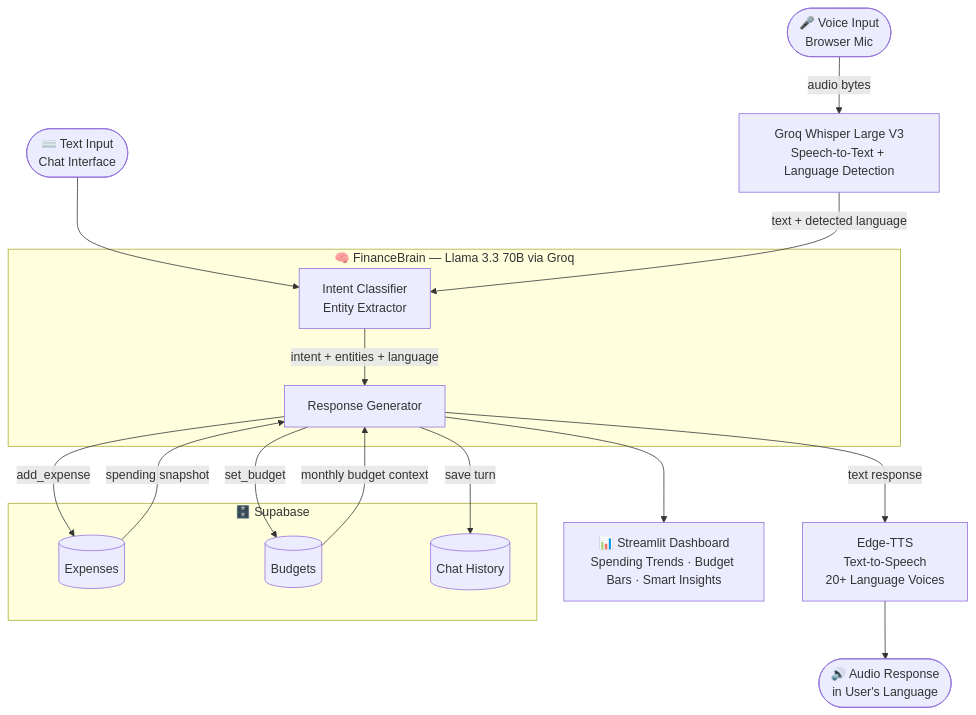
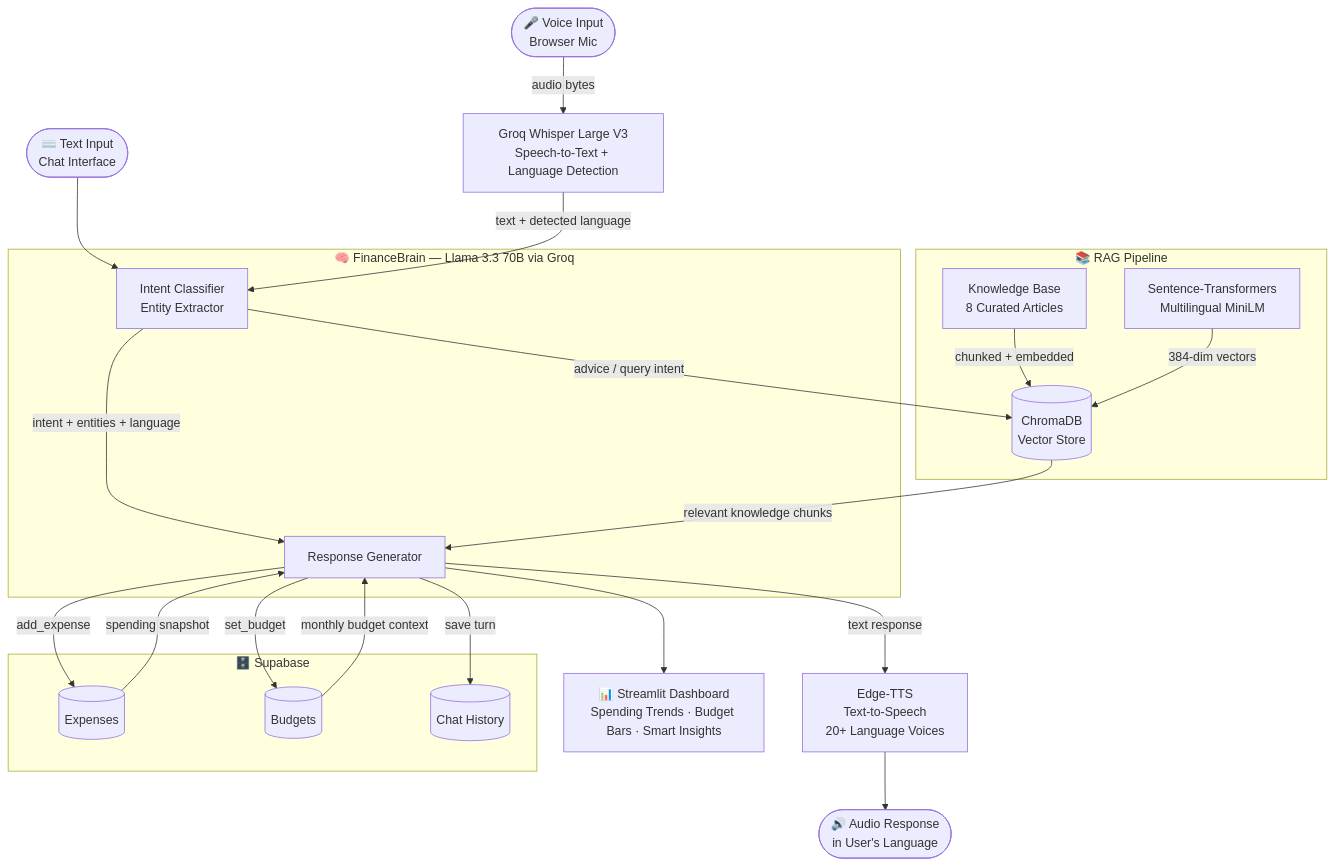
One commit to logn1602/Finbot changed the diagram in README.md. Above: the diagram before and after it, drawn with Mermaid. The commit also changed other lines of this file, not shown here.

Commit message:
Update README with RAG architecture, pipeline docs, and eval results

````diff
--- a/README.md
+++ b/README.md
@@ -21,30 +21,40 @@
 ```mermaid
 flowchart TD
     A([🎤 Voice Input\nBrowser Mic]) -->|audio bytes| B[Groq Whisper Large V3\nSpeech-to-Text + Language Detection]
     K([⌨️ Text Input\nChat Interface]) --> D
 
     B -->|text + detected language| D
 
     subgraph brain [🧠 FinanceBrain — Llama 3.3 70B via Groq]
         D[Intent Classifier\nEntity Extractor]
         R[Response Generator]
         D -->|intent + entities + language| R
     end
 
+    subgraph rag [📚 RAG Pipeline]
+        KB[Knowledge Base\n8 Curated Articles]
+        EMB[Sentence-Transformers\nMultilingual MiniLM]
+        VDB[(ChromaDB\nVector Store)]
+        KB -->|chunked + embedded| VDB
+        EMB -->|384-dim vectors| VDB
+    end
+
     subgraph db [🗄️ Supabase]
         G[(Expenses)]
         H[(Budgets)]
         I[(Chat History)]
     end
 
+    D -->|advice / query intent| VDB
+    VDB -->|relevant knowledge chunks| R
     H -->|monthly budget context| R
     G -->|spending snapshot| R
     R -->|add_expense| G
     R -->|set_budget| H
     R -->|save turn| I
 
     R -->|text response| J[Edge-TTS\nText-to-Speech\n20+ Language Voices]
     R --> L[📊 Streamlit Dashboard\nSpending Trends · Budget Bars · Smart Insights]
 
     J --> M([🔊 Audio Response\nin User's Language])
 ```
````
